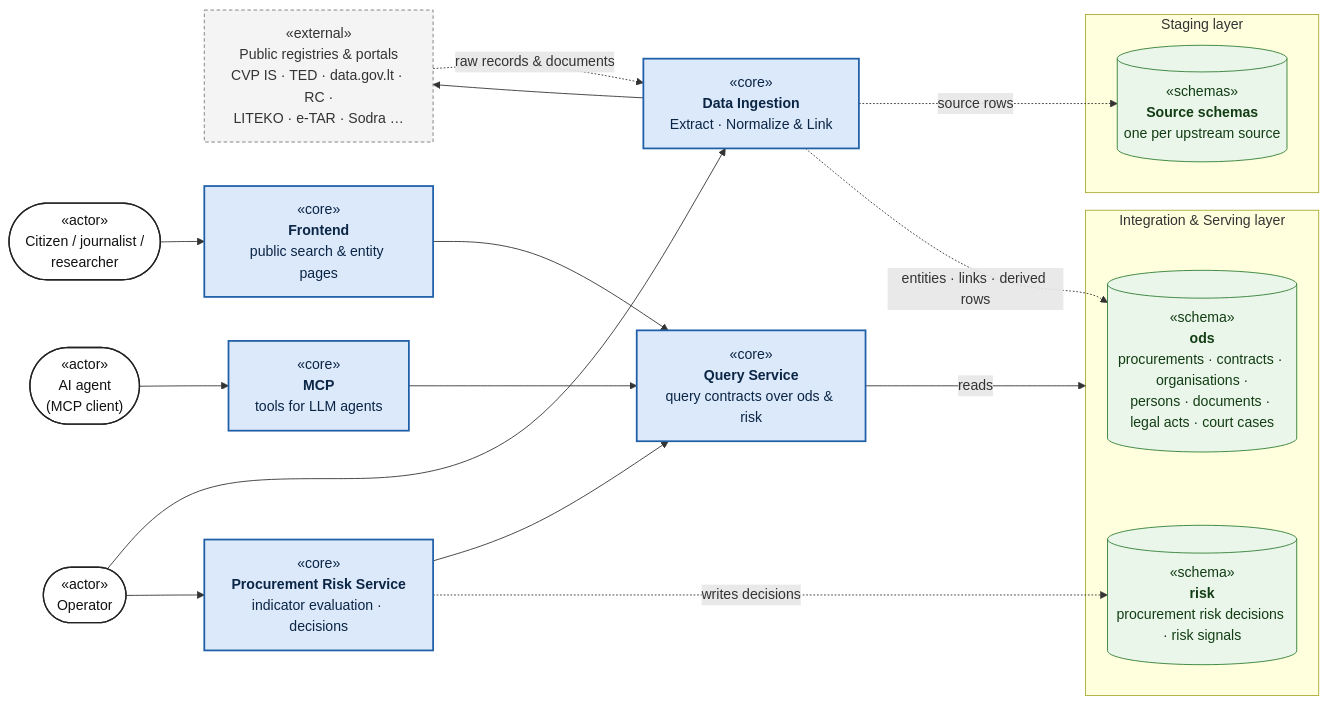
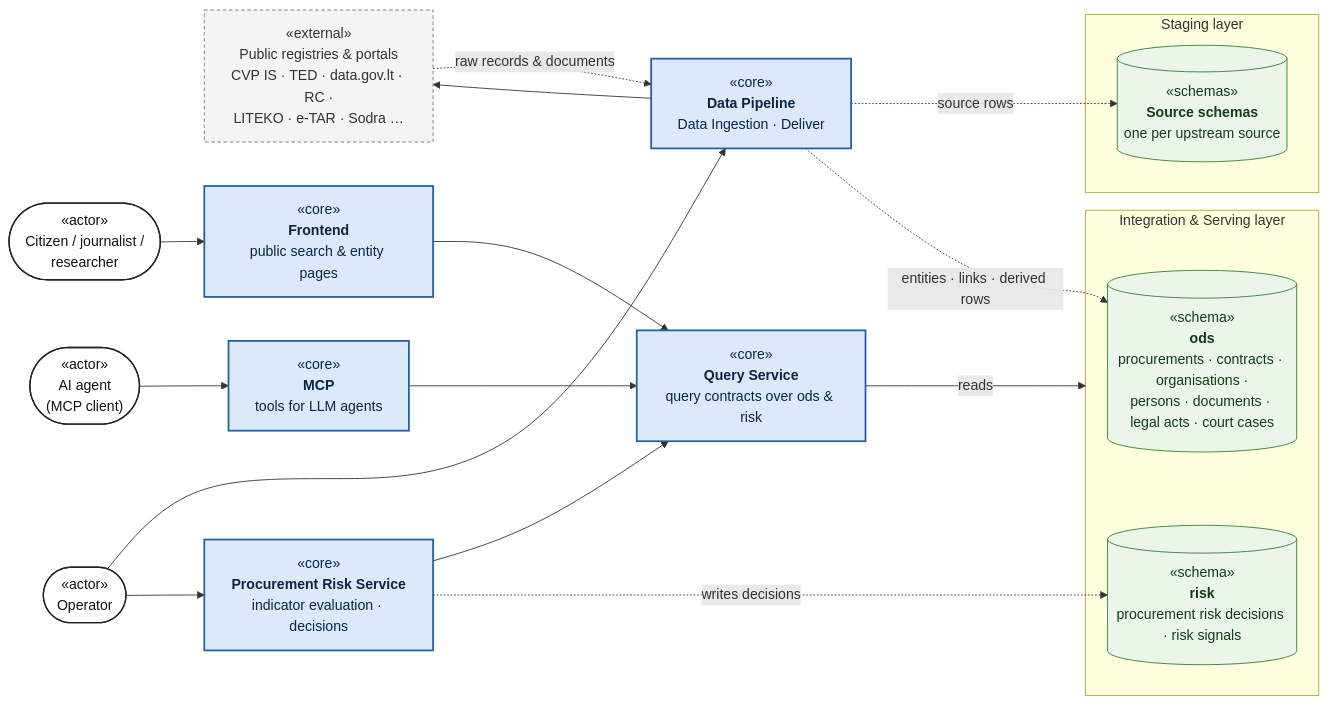
Before and after one commit to Viespirkiu-grupe/viespirkiai: the first of 11 diagrams in docs/architecture/architecture-upgrade.md, drawn with Mermaid. The commit also changed other lines of this file, not shown here.

Commit message:
added deployment diagram

````diff
--- a/docs/architecture/architecture-upgrade.md
+++ b/docs/architecture/architecture-upgrade.md
@@ -70,42 +78,42 @@
 ```mermaid
 flowchart LR
     classDef actor fill: #ffffff, stroke: #222, stroke-width: 1.5px, color: #111
     classDef core fill: #dbe9fb, stroke: #1f5fa8, stroke-width: 2px, color: #0b2545
     classDef store fill: #eaf6ea, stroke: #2e7d32, color: #123d14
     classDef ext fill: #f4f4f4, stroke: #777, stroke-dasharray: 4 3, color: #333
     src["«external»<br/>Public registries & portals<br/>CVP IS · TED · data.gov.lt · RC ·<br/>LITEKO · e-TAR · Sodra …"]:::ext
     op(["«actor»<br/>Operator"]):::actor
     citizen(["«actor»<br/>Citizen / journalist /<br/>researcher"]):::actor
     agent(["«actor»<br/>AI agent<br/>(MCP client)"]):::actor
-    ing["«core»<br/><b>Data Ingestion</b><br/>Extract · Normalize & Link"]:::core
+    ing["«core»<br/><b>Data Pipeline</b><br/>Data Ingestion · Deliver"]:::core
 
     subgraph STG["Staging layer"]
         srcdb[("«schemas»<br/><b>Source schemas</b><br/>one per upstream source")]:::store
     end
     subgraph ISL["Integration & Serving layer"]
         ods[("«schema»<br/><b>ods</b><br/>procurements · contracts · organisations ·<br/>persons · documents · legal acts · court cases")]:::store
         riskdb[("«schema»<br/><b>risk</b><br/>procurement risk decisions · risk signals")]:::store
     end
 
     qs["«core»<br/><b>Query Service</b><br/>query contracts over ods & risk"]:::core
     risk["«core»<br/><b>Procurement Risk Service</b><br/>indicator evaluation · decisions"]:::core
     fe["«core»<br/><b>Frontend</b><br/>public search & entity pages"]:::core
     mcp["«core»<br/><b>MCP</b><br/>tools for LLM agents"]:::core
 %% ── Actors ──
     op --> ing
     op --> risk
     citizen --> fe
     agent --> mcp
-%% ── Ingestion ──
+%% ── Data Pipeline ──
     ing --> src
     src -.->|" raw records & documents "| ing
     ing -.->|" source rows "| srcdb
     ing -.->|" entities · links · derived rows "| ods
 %% ── Read path ──
     fe --> qs
     mcp --> qs
     risk --> qs
     qs -->|" reads "| ISL
 %% ── Risk writes ──
     risk -.->|" writes decisions "| riskdb
 ```
````
